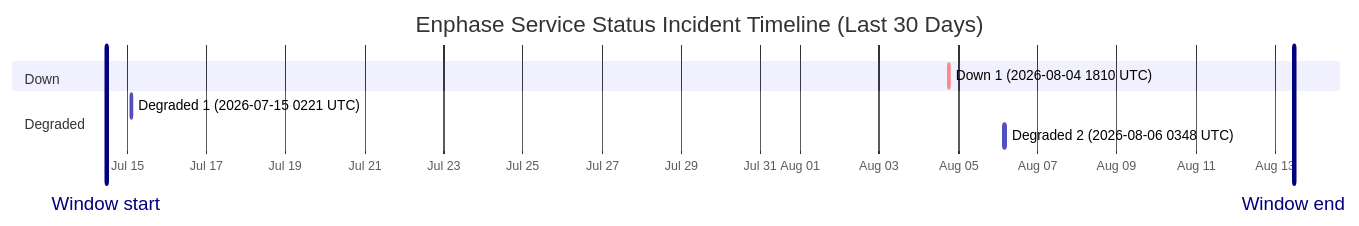
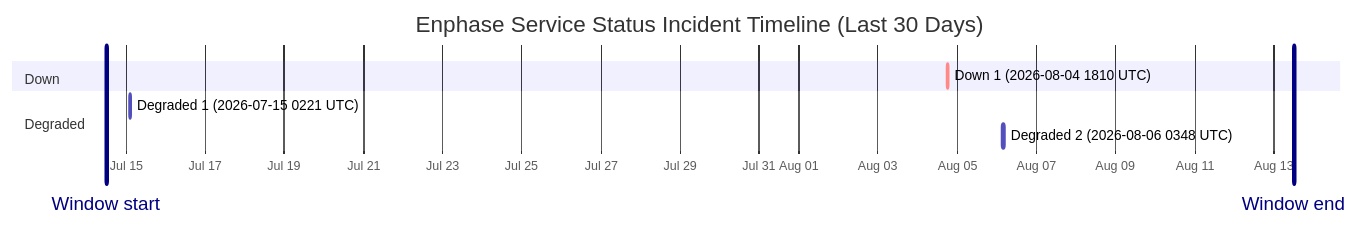
The diagram in wiki/Service-Status-History.md (barneyonline/ha-enphase-energy), drawn with Mermaid before and after one commit. The commit also changed other lines of this file and 3 other files, not shown here.

````diff
--- a/wiki/Service-Status-History.md
+++ b/wiki/Service-Status-History.md
@@ -14,13 +14,13 @@
 ```mermaid
 gantt
     title Enphase Service Status Incident Timeline (Last 30 Days)
     dateFormat  YYYY-MM-DDTHH:mm:ss
     axisFormat  %b %d
-    Window start :vert, window-start, 2026-07-14T11:20:31, 0ms
-    Window end :vert, window-end, 2026-08-13T11:20:31, 0ms
+    Window start :vert, window-start, 2026-07-14T12:08:46, 0ms
+    Window end :vert, window-end, 2026-08-13T12:08:46, 0ms
     section Down
     Down 1 (2026-08-04 1810 UTC) :crit, down-1, 2026-08-04T18:10:46, 60m
     section Degraded
     Degraded 1 (2026-07-15 0221 UTC) :active, degraded-1, 2026-07-15T02:21:35, 60m
     Degraded 2 (2026-08-06 0348 UTC) :active, degraded-2, 2026-08-06T03:48:14, 60m
 ```
````
